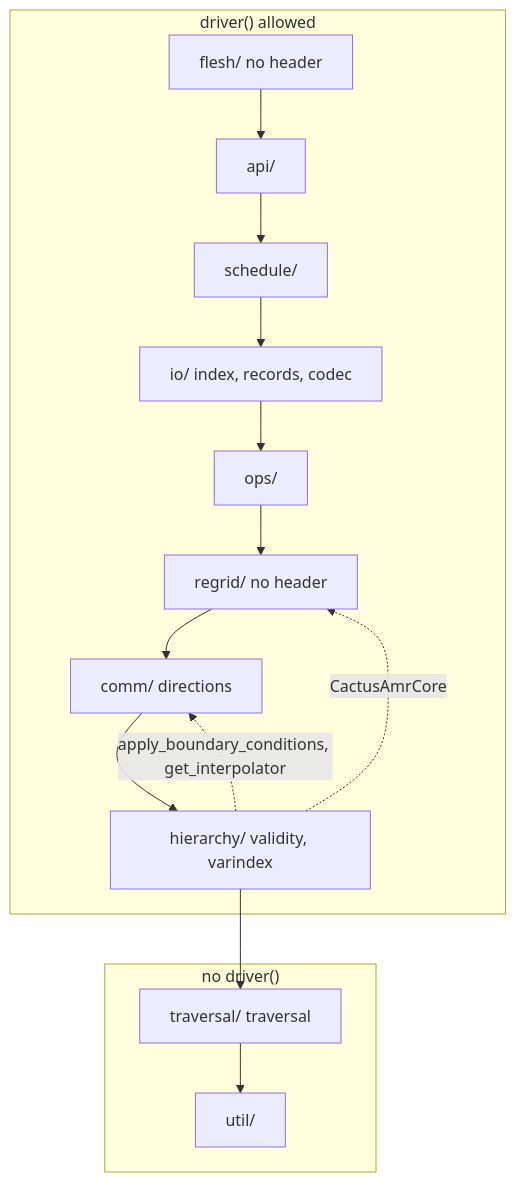
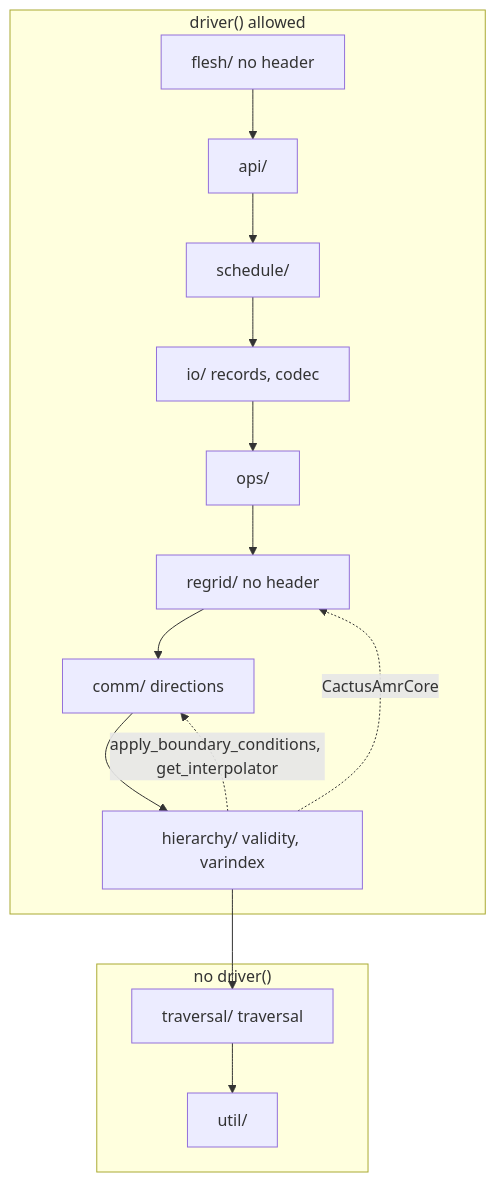
The first of 3 diagrams in agent_docs/carpetx-internals.md (lwJi/CarpetX), drawn with Mermaid before and after one commit. The commit also changed other lines of this file and 17 other files, not shown here.

````diff
--- a/agent_docs/carpetx-internals.md
+++ b/agent_docs/carpetx-internals.md
@@ -9,21 +9,21 @@
 ```mermaid
 %% python3 scripts/lint doc --write rewrites this block: the stack
 flowchart TB
   subgraph door["driver() allowed"]
     flesh["flesh/ no header"]
     api["api/"]
     schedule["schedule/"]
-    io["io/ index, records, codec"]
+    io["io/ records, codec"]
     ops["ops/"]
     regrid["regrid/ no header"]
     comm["comm/ directions"]
     hierarchy["hierarchy/ validity, varindex"]
   end
   subgraph nodoor["no driver()"]
     traversal["traversal/ traversal"]
     util["util/"]
   end
   flesh --> api --> schedule --> io --> ops --> regrid --> comm --> hierarchy --> traversal --> util
   hierarchy -. "CactusAmrCore" .-> regrid
   hierarchy -. "apply_boundary_conditions, get_interpolator" .-> comm
 ```
````
